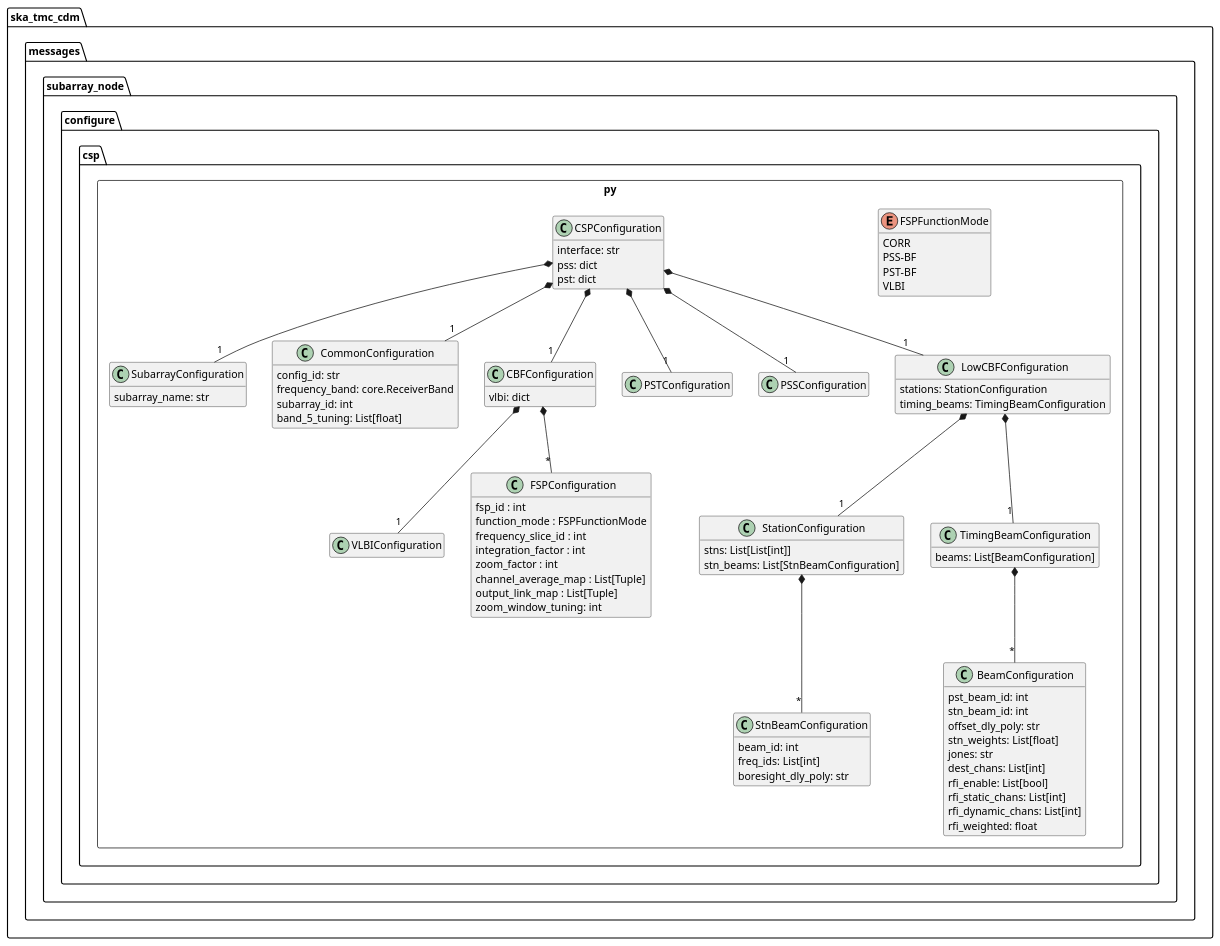
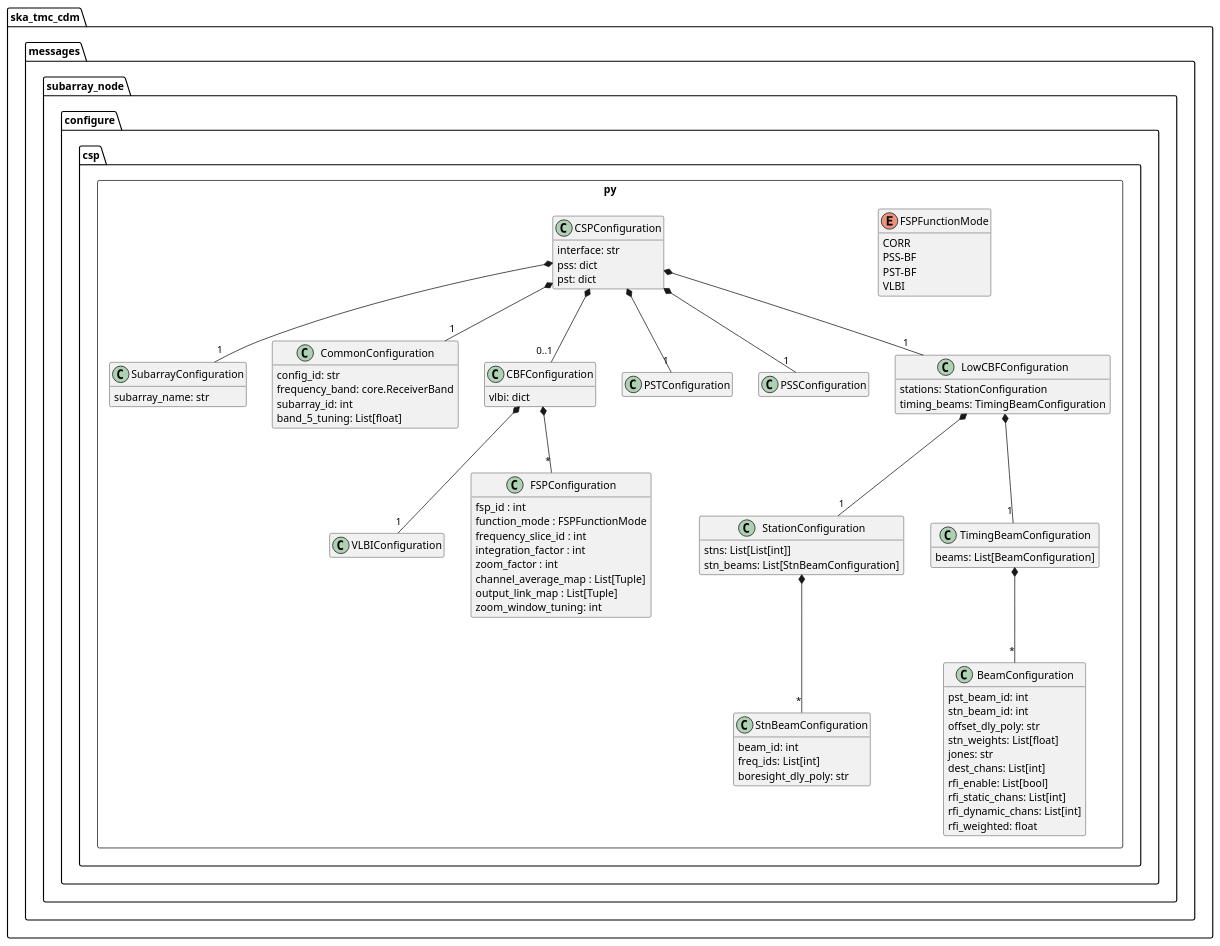
One commit to ska-telescope/cdm-shared-library changed the diagram in docs/src/developer/subarraynode/csp.puml. Above: the diagram before and after it, drawn with PlantUML. The commit also changed 1 other file, not shown here.

```diff
--- a/docs/src/developer/subarraynode/csp.puml
+++ b/docs/src/developer/subarraynode/csp.puml
@@ -1,112 +1,112 @@
 @startuml
 hide empty members
 
 ' Remove the following lines when VLBI, PSS and PST
 ' are added to CDM
 remove VLBIConfiguration
 remove PSTConfiguration
 remove PSSConfiguration
 
 package ska_tmc_cdm.messages.subarray_node.configure {
 	package csp.py <<Rectangle>> {
 
 	    class SubarrayConfiguration {
 	        subarray_name: str
 	    }
 
 	    class CommonConfiguration {
 	        config_id: str
             frequency_band: core.ReceiverBand
             subarray_id: int
             band_5_tuning: List[float]
 	    }
 
 	    class CBFConfiguration {
             vlbi: dict
 	    }
 
 	    class PSTConfiguration {
 
 	    }
 
         class PSSConfiguration {
 
         }
 
         class VLBIConfiguration {
 
         }
 
 		enum FSPFunctionMode {
 			CORR
 			PSS-BF
 			PST-BF
 			VLBI
 		}
 
 		class FSPConfiguration {
 			fsp_id : int
 			function_mode : FSPFunctionMode
 			frequency_slice_id : int
 			integration_factor : int
 			zoom_factor : int
 			channel_average_map : List[Tuple]
 			output_link_map : List[Tuple]
 			zoom_window_tuning: int
 		}
 
 		class CSPConfiguration {
 	        interface: str
 	        pss: dict
 	        pst: dict
 
 		}
 
 		class LowCBFConfiguration {
 			stations: StationConfiguration 
 			timing_beams: TimingBeamConfiguration
 		}
 
 		class StationConfiguration {
 			stns: List[List[int]]
         	stn_beams: List[StnBeamConfiguration]
 		}
 
 		class TimingBeamConfiguration {
 			beams: List[BeamConfiguration]
 		}
 		
 		class BeamConfiguration {
 			pst_beam_id: int
 			stn_beam_id: int
 			offset_dly_poly: str
 			stn_weights: List[float]
 			jones: str
 			dest_chans: List[int]
 			rfi_enable: List[bool]
 			rfi_static_chans: List[int]
 			rfi_dynamic_chans: List[int]
 			rfi_weighted: float
 		}
 
 		class StnBeamConfiguration {
 			beam_id: int
 			freq_ids: List[int]
 			boresight_dly_poly: str
 		}
 
 		CBFConfiguration *-- "*" FSPConfiguration
 		CBFConfiguration *-- "1" VLBIConfiguration
 		CSPConfiguration *-- "1" CommonConfiguration
 		CSPConfiguration *-- "1" SubarrayConfiguration
-		CSPConfiguration *-- "1" CBFConfiguration
+		CSPConfiguration *-- "0..1" CBFConfiguration
 		CSPConfiguration *-- "1" PSTConfiguration
 		CSPConfiguration *-- "1" PSSConfiguration
 		CSPConfiguration *-- "1" LowCBFConfiguration
 		LowCBFConfiguration *-- "1" StationConfiguration
 		LowCBFConfiguration *-- "1" TimingBeamConfiguration
 		TimingBeamConfiguration *-- "*" BeamConfiguration
 		StationConfiguration *-- "*" StnBeamConfiguration
 	}
 }
 @enduml
```
